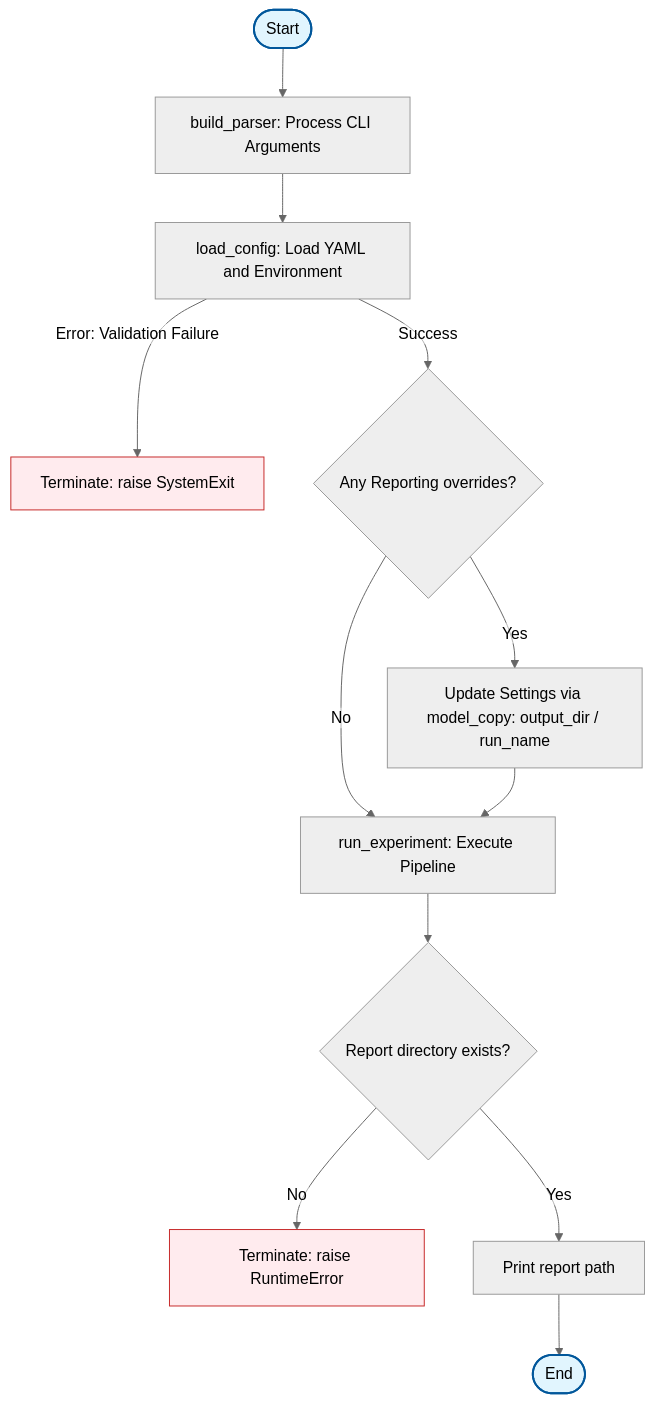
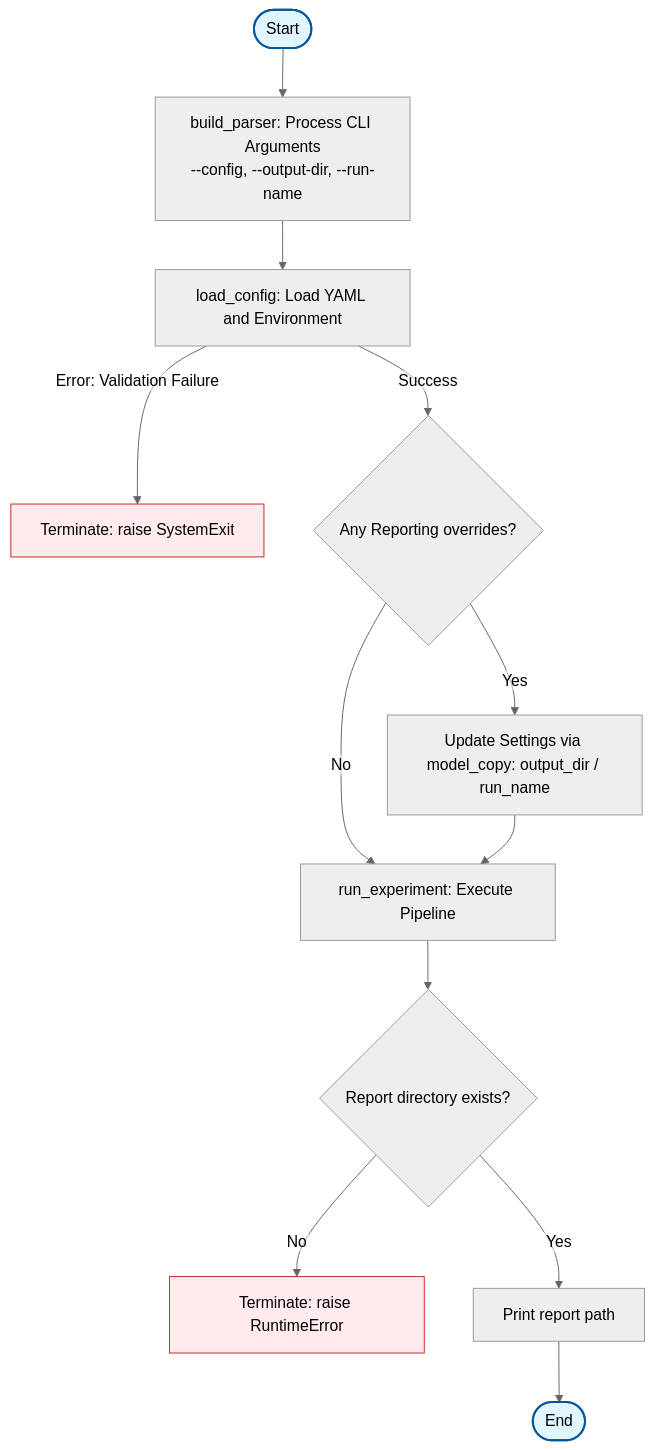
One commit to ArtemMindlin/retail-demand-forecasting-system changed the diagram in src/retail_forecasting/RUN_FLOW.md. Above: the diagram before and after it, drawn with Mermaid. The commit also changed 1 other file, not shown here.

Commit message:
docs: add Mermaid flow diagrams for execution and configuration

````diff
--- a/src/retail_forecasting/RUN_FLOW.md
+++ b/src/retail_forecasting/RUN_FLOW.md
@@ -5,30 +5,30 @@
 ```mermaid
 %%{init: { 
   'theme': 'neutral', 
   'flowchart': { 'htmlLabels': false }
 } }%%
 graph TD
-    Start([Start]) --> ParseArgs[build_parser: Process CLI Arguments]
-    ParseArgs --> LoadConfig[load_config: Load YAML and Environment]
+    Start(["Start"]) --> ParseArgs["build_parser: Process CLI Arguments<br/>--config, --output-dir, --run-name"]
+    ParseArgs --> LoadConfig["load_config: Load YAML and Environment"]
     
-    LoadConfig -- "Error: Validation Failure" --> ExitError[Terminate: raise SystemExit]
+    LoadConfig -- "Error: Validation Failure" --> ExitError["Terminate: raise SystemExit"]
     
-    LoadConfig -- Success --> CheckOverride{Any Reporting overrides?}
+    LoadConfig -- "Success" --> CheckOverride{"Any Reporting overrides?"}
     
-    CheckOverride -- Yes --> UpdateSettings[Update Settings via model_copy: output_dir / run_name]
-    CheckOverride -- No --> RunExperiment[run_experiment: Execute Pipeline]
+    CheckOverride -- "Yes" --> UpdateSettings["Update Settings via model_copy: output_dir / run_name"]
+    CheckOverride -- "No" --> RunExperiment["run_experiment: Execute Pipeline"]
     
     UpdateSettings --> RunExperiment
     
-    RunExperiment --> CheckArtifacts{Report directory exists?}
+    RunExperiment --> CheckArtifacts{"Report directory exists?"}
     
-    CheckArtifacts -- No --> RunError[Terminate: raise RuntimeError]
-    CheckArtifacts -- Yes --> PrintResult[Print report path]
+    CheckArtifacts -- "No" --> RunError["Terminate: raise RuntimeError"]
+    CheckArtifacts -- "Yes" --> PrintResult["Print report path"]
     
-    PrintResult --> End([End])
+    PrintResult --> End(["End"])
 
     style Start fill:#e1f5fe,stroke:#01579b,stroke-width:2px
     style End fill:#e1f5fe,stroke:#01579b,stroke-width:2px
     style ExitError fill:#ffebee,stroke:#c62828,stroke-width:1px
     style RunError fill:#ffebee,stroke:#c62828,stroke-width:1px
 ```
````
